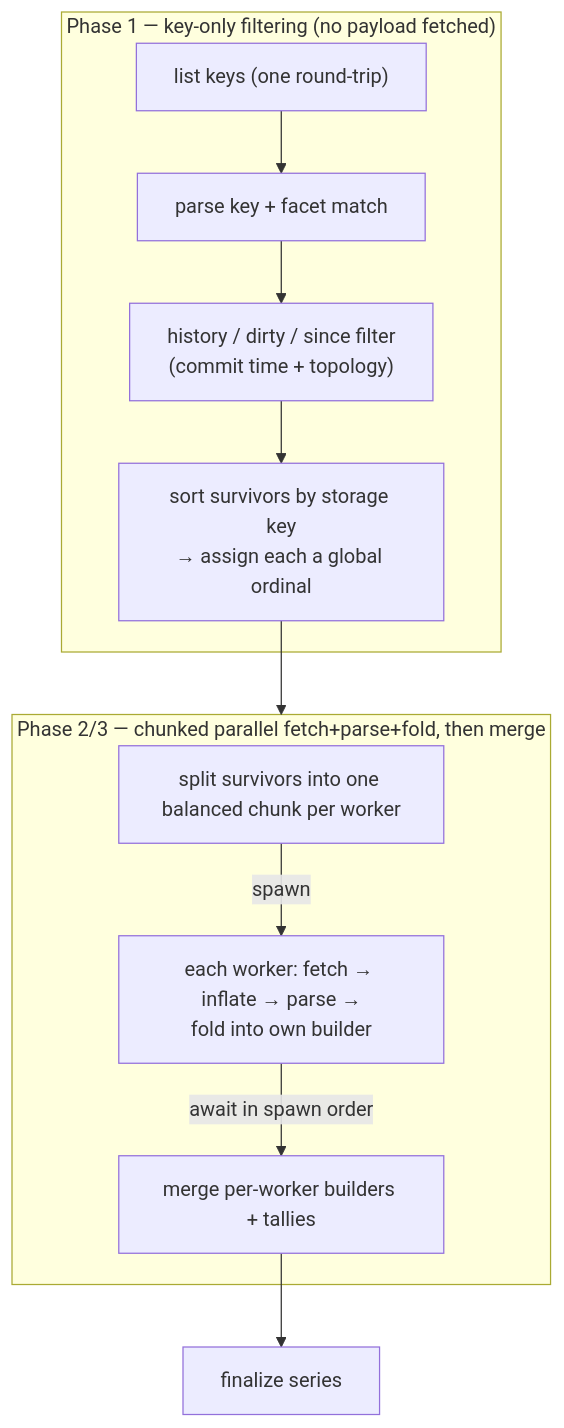
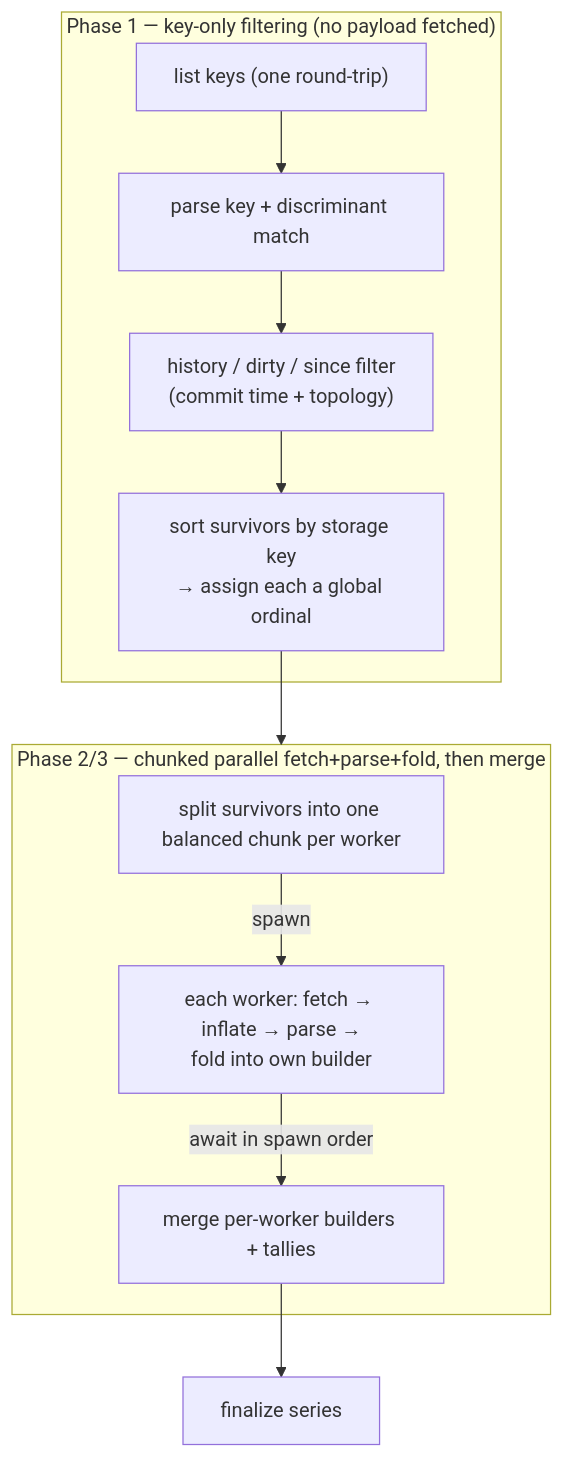
Before and after one commit to folo-rs/folo: the second of 4 diagrams in packages/cargo-bench-history/docs/analyze.md, drawn with Mermaid. The commit also changed other lines of this file and 191 other files, not shown here.

````diff
--- a/packages/cargo-bench-history/docs/analyze.md
+++ b/packages/cargo-bench-history/docs/analyze.md
@@ -54,15 +54,15 @@
 ```mermaid
 flowchart TD
   subgraph P1["Phase 1 — key-only filtering (no payload fetched)"]
-    L["list keys (one round-trip)"] --> KF["parse key + facet match"]
+    L["list keys (one round-trip)"] --> KF["parse key + discriminant match"]
     KF --> WF["history / dirty / since filter\n(commit time + topology)"]
     WF --> SK["sort survivors by storage key\n→ assign each a global ordinal"]
   end
   SK --> P23
   subgraph P23["Phase 2/3 — chunked parallel fetch+parse+fold, then merge"]
     LOAD["split survivors into one balanced chunk per worker"]
     LOAD -->|spawn| WORK["each worker: fetch → inflate → parse →\nfold into own builder"]
     WORK -->|await in spawn order| MERGE["merge per-worker builders + tallies"]
   end
   MERGE --> FIN["finalize series"]
 ```
````
